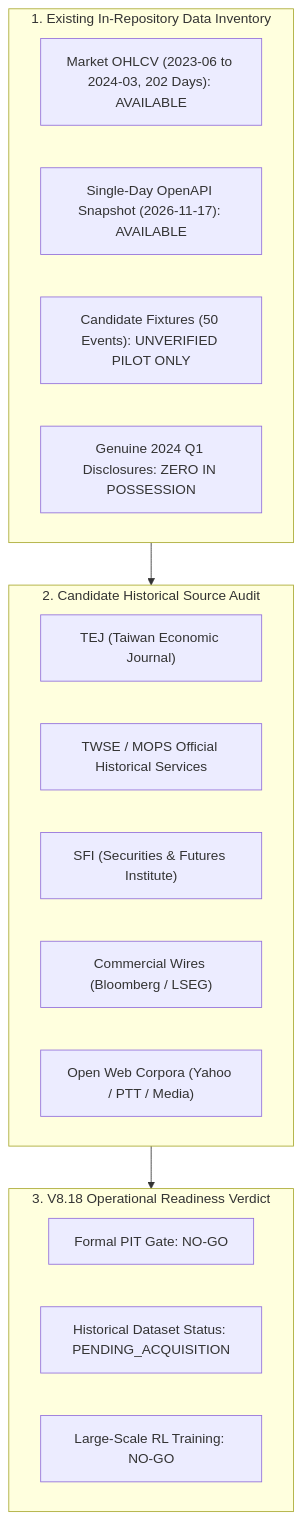
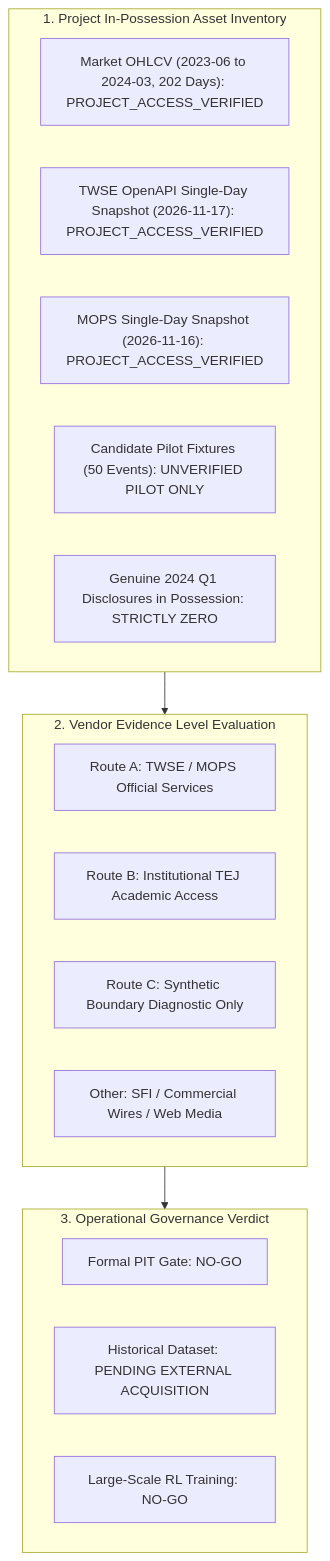
One commit to Augustine-723/News-Aware-Attention-Based-Deep-Reinforcement-Learning-for-Stock-Trading changed the first of 2 diagrams in docs/reports/v8_18_historical_data_access_feasibility.md. Above: the diagram before and after it, drawn with Mermaid. The commit also changed other lines of this file and 4 other files, not shown here.

Commit message:
fix(v8.18): source evidence verification, quarantine ingestion gate, and metadata numerical contract

````diff
--- a/docs/reports/v8_18_historical_data_access_feasibility.md
+++ b/docs/reports/v8_18_historical_data_access_feasibility.md
@@ -21,26 +21,26 @@
 ```mermaid
 flowchart TD
-    subgraph Current_Possession["1. Existing In-Repository Data Inventory"]
-        D1["Market OHLCV (2023-06 to 2024-03, 202 Days): AVAILABLE"]
-        D2["Single-Day OpenAPI Snapshot (2026-11-17): AVAILABLE"]
-        D3["Candidate Fixtures (50 Events): UNVERIFIED PILOT ONLY"]
-        D4["Genuine 2024 Q1 Disclosures: ZERO IN POSSESSION"]
+    subgraph Inventory["1. Project In-Possession Asset Inventory"]
+        D1["Market OHLCV (2023-06 to 2024-03, 202 Days): PROJECT_ACCESS_VERIFIED"]
+        D2["TWSE OpenAPI Single-Day Snapshot (2026-11-17): PROJECT_ACCESS_VERIFIED"]
+        D3["MOPS Single-Day Snapshot (2026-11-16): PROJECT_ACCESS_VERIFIED"]
+        D4["Candidate Pilot Fixtures (50 Events): UNVERIFIED PILOT ONLY"]
+        D5["Genuine 2024 Q1 Disclosures in Possession: STRICTLY ZERO"]
     end
 
-    subgraph Vendor_Evaluation["2. Candidate Historical Source Audit"]
-        S1["TEJ (Taiwan Economic Journal)"]
-        S2["TWSE / MOPS Official Historical Services"]
-        S3["SFI (Securities & Futures Institute)"]
-        S4["Commercial Wires (Bloomberg / LSEG)"]
-        S5["Open Web Corpora (Yahoo / PTT / Media)"]
+    subgraph Evidentiary_Audit["2. Vendor Evidence Level Evaluation"]
+        S1["Route A: TWSE / MOPS Official Services"]
+        S2["Route B: Institutional TEJ Academic Access"]
+        S3["Route C: Synthetic Boundary Diagnostic Only"]
+        S4["Other: SFI / Commercial Wires / Web Media"]
     end
 
-    subgraph Decision_Gate["3. V8.18 Operational Readiness Verdict"]
+    subgraph Decision["3. Operational Governance Verdict"]
         R1["Formal PIT Gate: NO-GO"]
-        R2["Historical Dataset Status: PENDING_ACQUISITION"]
+        R2["Historical Dataset: PENDING EXTERNAL ACQUISITION"]
         R3["Large-Scale RL Training: NO-GO"]
     end
 
-    Current_Possession --> Vendor_Evaluation
-    Vendor_Evaluation --> Decision_Gate
+    Inventory --> Evidentiary_Audit
+    Evidentiary_Audit --> Decision
 ```
````
